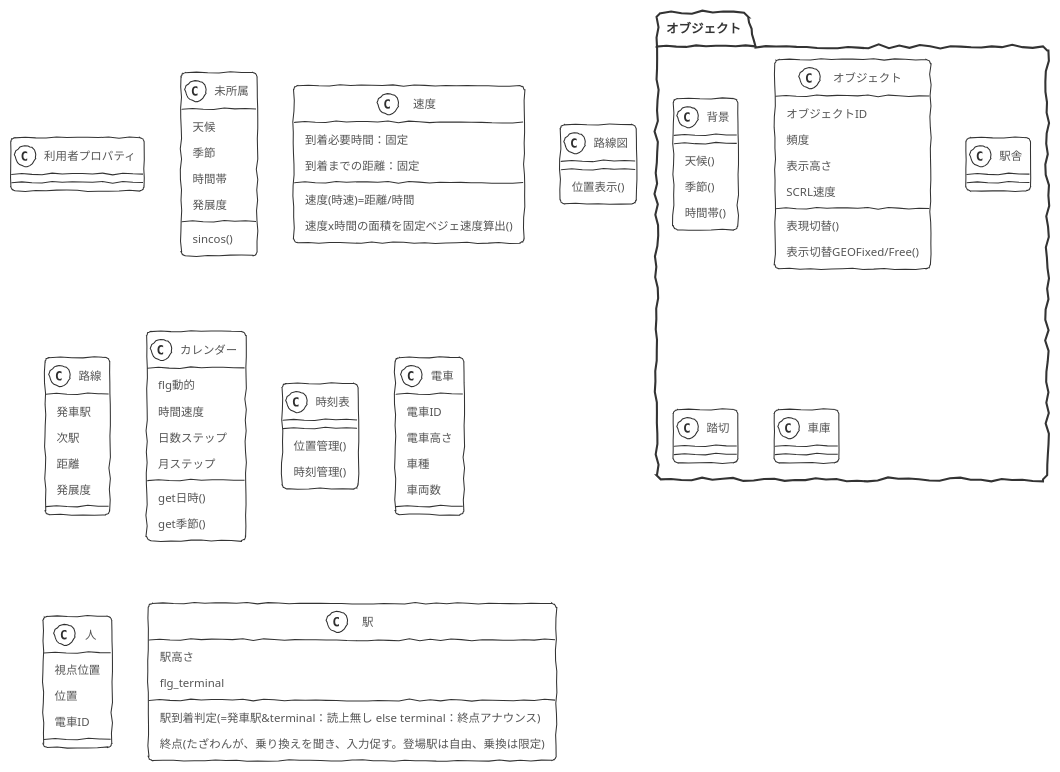
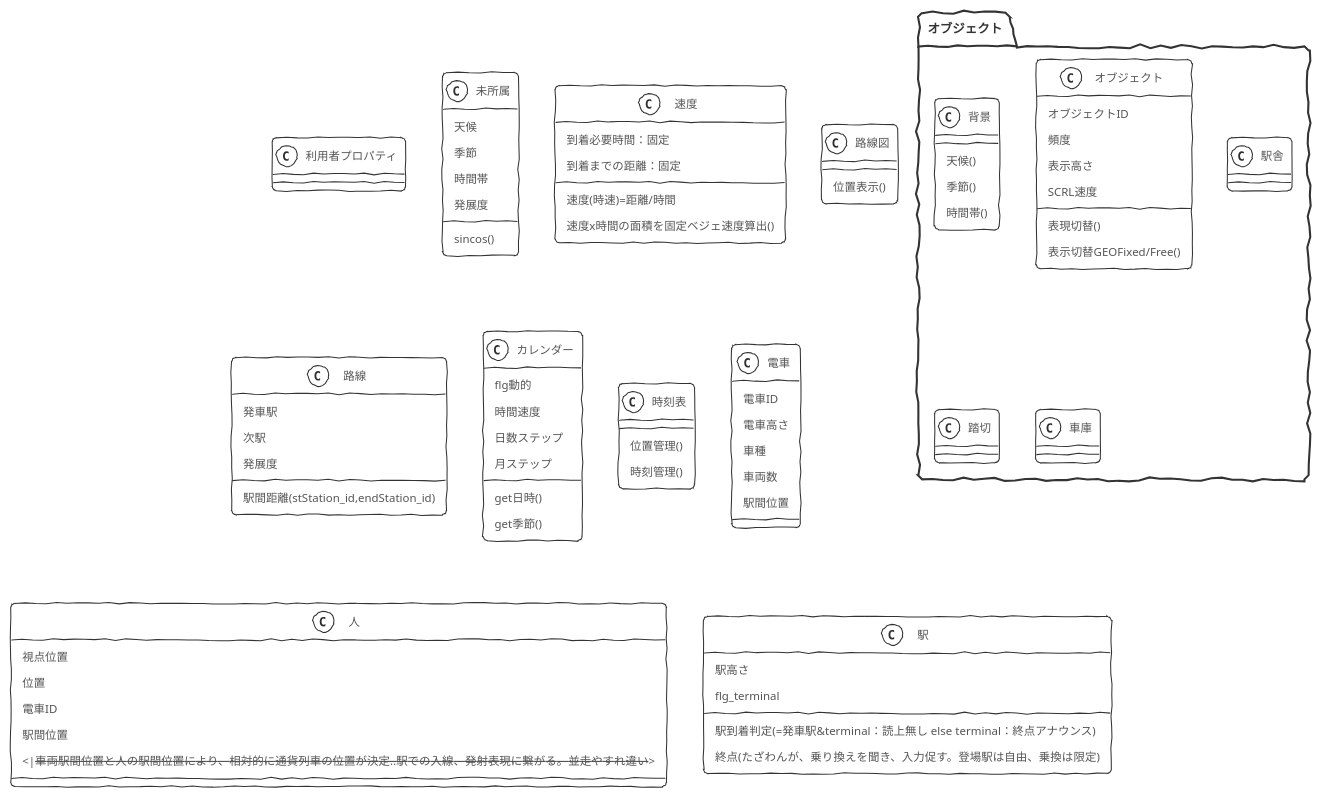
One commit to ssmxgo/tazawa_prj01 changed the diagram in 整理.md. Above: the diagram before and after it, drawn with PlantUML.

```diff
--- a/整理.md
+++ b/整理.md
@@ -71,7 +71,7 @@
 class 路線 {
     発車駅
     次駅
-    距離
+駅間距離(stStation_id,endStation_id)
     発展度
 }
 class カレンダー{
@@ -92,12 +92,15 @@
     電車高さ
     車種
     車両数
+駅間位置
 }
 
 class 人 {
     視点位置
     位置
     電車ID
+駅間位置
+    <|--車両駅間位置と人の駅間位置により、相対的に通貨列車の位置が決定‥駅での入線、発射表現に繋がる。並走やすれ違い-->
 }
 
 
```
